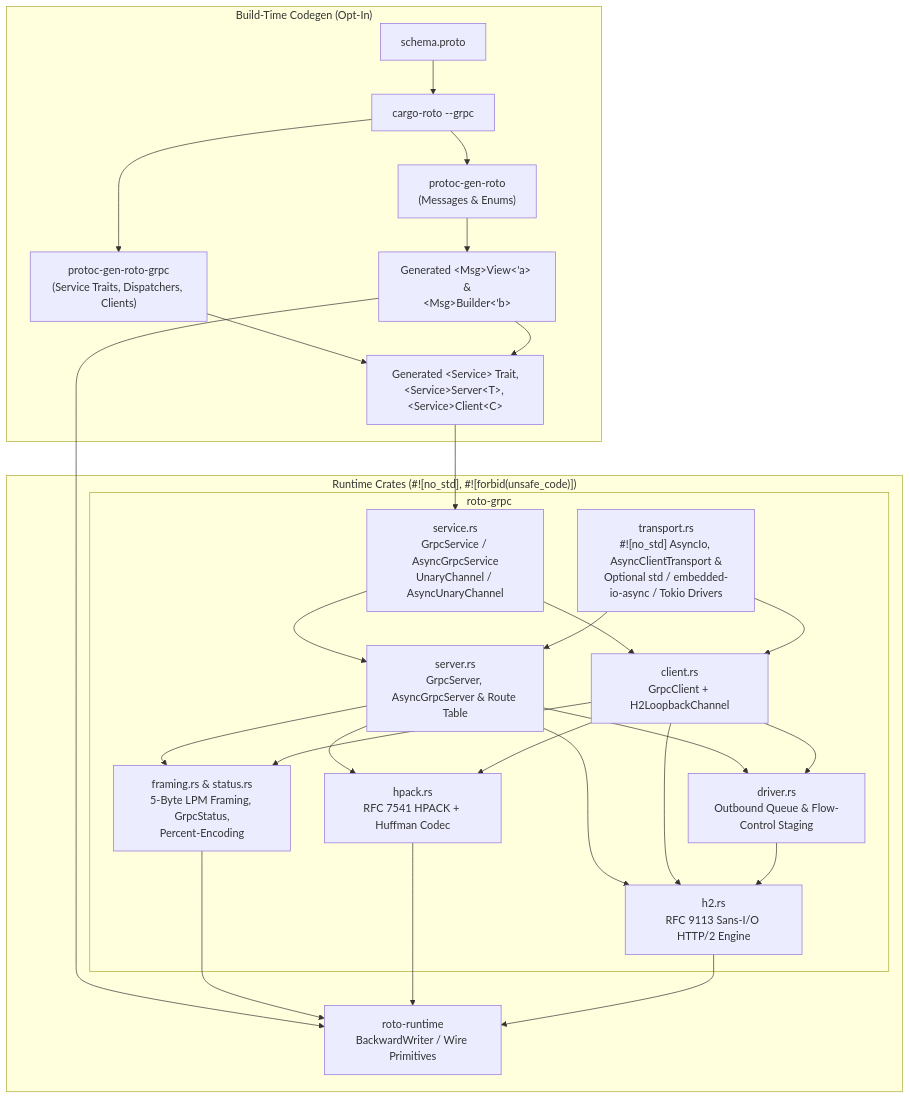
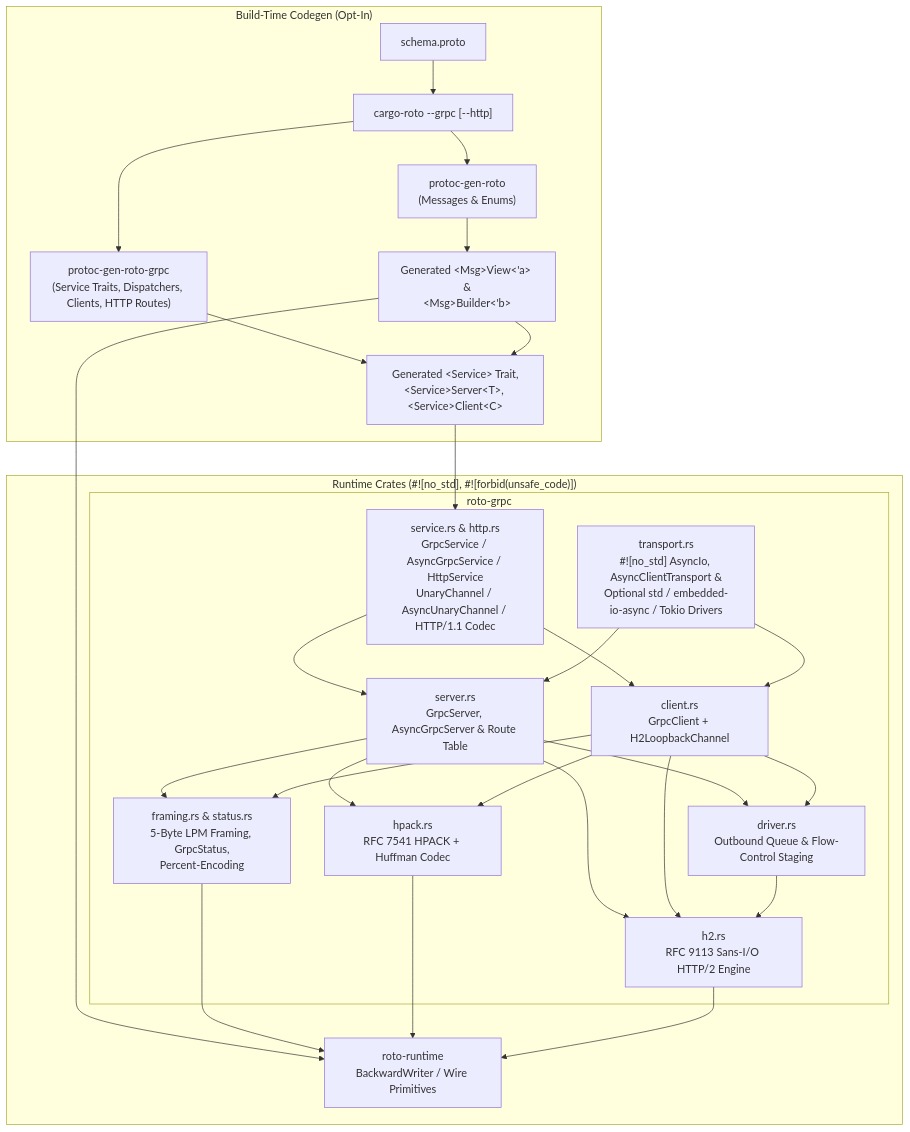
The first of 3 diagrams in docs/grpc.md (chathaway-codes/roto), drawn with Mermaid before and after one commit. The commit also changed other lines of this file and 27 other files, not shown here.

Commit message:
feat(grpc): implement opt-in google.api.http HTTP/1.1 & HTTP/2 route support (#054-#058)

````diff
--- a/docs/grpc.md
+++ b/docs/grpc.md
@@ -15,40 +15,40 @@
 ```mermaid
 flowchart TD
     subgraph Codegen["Build-Time Codegen (Opt-In)"]
         PROTO["schema.proto"]
-        CROTO["cargo-roto --grpc"]
+        CROTO["cargo-roto --grpc [--http]"]
         PG_ROTO["protoc-gen-roto<br/>(Messages & Enums)"]
-        PG_GRPC["protoc-gen-roto-grpc<br/>(Service Traits, Dispatchers, Clients)"]
+        PG_GRPC["protoc-gen-roto-grpc<br/>(Service Traits, Dispatchers, Clients, HTTP Routes)"]
         GEN_MSG["Generated &lt;Msg&gt;View&lt;'a&gt; &amp;<br/>&lt;Msg&gt;Builder&lt;'b&gt;"]
         GEN_SVC["Generated &lt;Service&gt; Trait,<br/>&lt;Service&gt;Server&lt;T&gt;, &lt;Service&gt;Client&lt;C&gt;"]
 
         PROTO --> CROTO
         CROTO --> PG_ROTO --> GEN_MSG
         CROTO --> PG_GRPC --> GEN_SVC
         GEN_MSG --> GEN_SVC
     end
 
     subgraph Runtime["Runtime Crates (#![no_std], #![forbid(unsafe_code)])"]
         RR["roto-runtime<br/>BackwardWriter / Wire Primitives"]
 
         subgraph RotoGrpc["roto-grpc"]
-            SVC["service.rs<br/>GrpcService / AsyncGrpcService<br/>UnaryChannel / AsyncUnaryChannel"]
+            SVC["service.rs &amp; http.rs<br/>GrpcService / AsyncGrpcService / HttpService<br/>UnaryChannel / AsyncUnaryChannel / HTTP/1.1 Codec"]
             SRV["server.rs<br/>GrpcServer, AsyncGrpcServer &amp; Route Table"]
             CLI["client.rs<br/>GrpcClient + H2LoopbackChannel"]
             DRV["driver.rs<br/>Outbound Queue &amp; Flow-Control Staging"]
             FRM["framing.rs &amp; status.rs<br/>5-Byte LPM Framing, GrpcStatus,<br/>Percent-Encoding"]
             HPK["hpack.rs<br/>RFC 7541 HPACK + Huffman Codec"]
             H2["h2.rs<br/>RFC 9113 Sans-I/O HTTP/2 Engine"]
             TRN["transport.rs<br/>#![no_std] AsyncIo, AsyncClientTransport &amp;<br/>Optional std / embedded-io-async / Tokio Drivers"]
         end
 
         GEN_MSG --> RR
         GEN_SVC --> SVC
         SVC --> SRV & CLI
         SRV & CLI --> DRV
         SRV & CLI --> FRM & HPK & H2
         DRV --> H2
         TRN --> SRV & CLI
         FRM & HPK & H2 --> RR
     end
 ```
````
